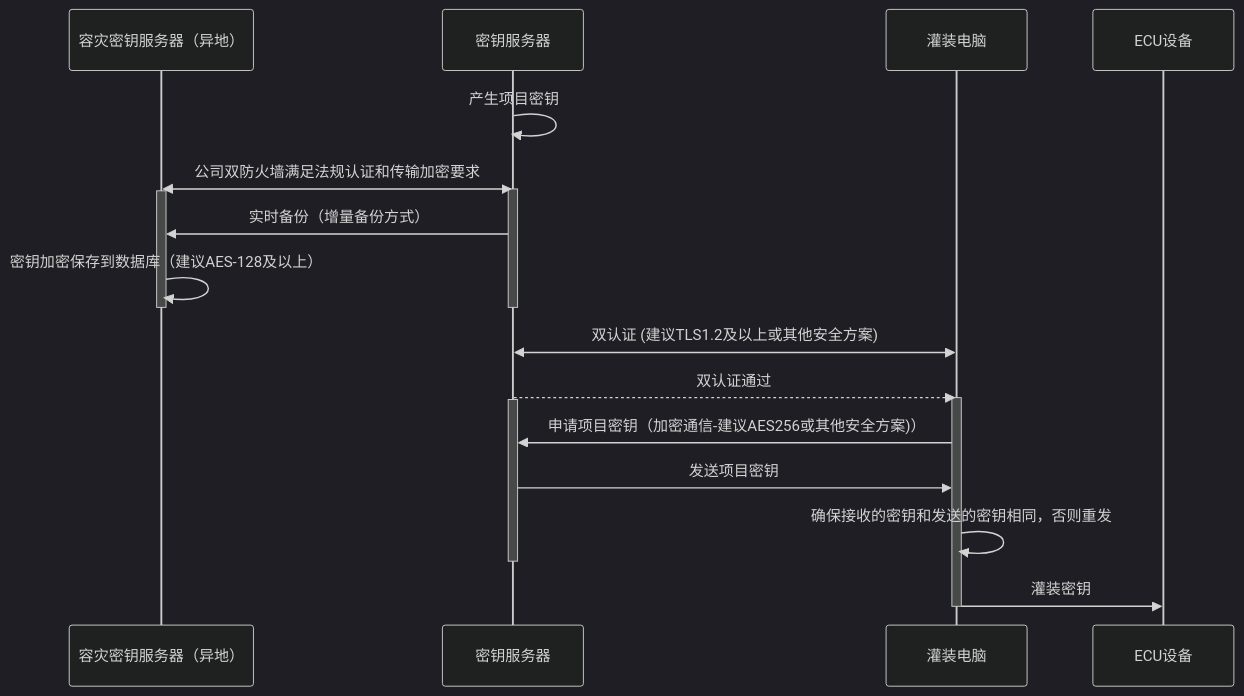
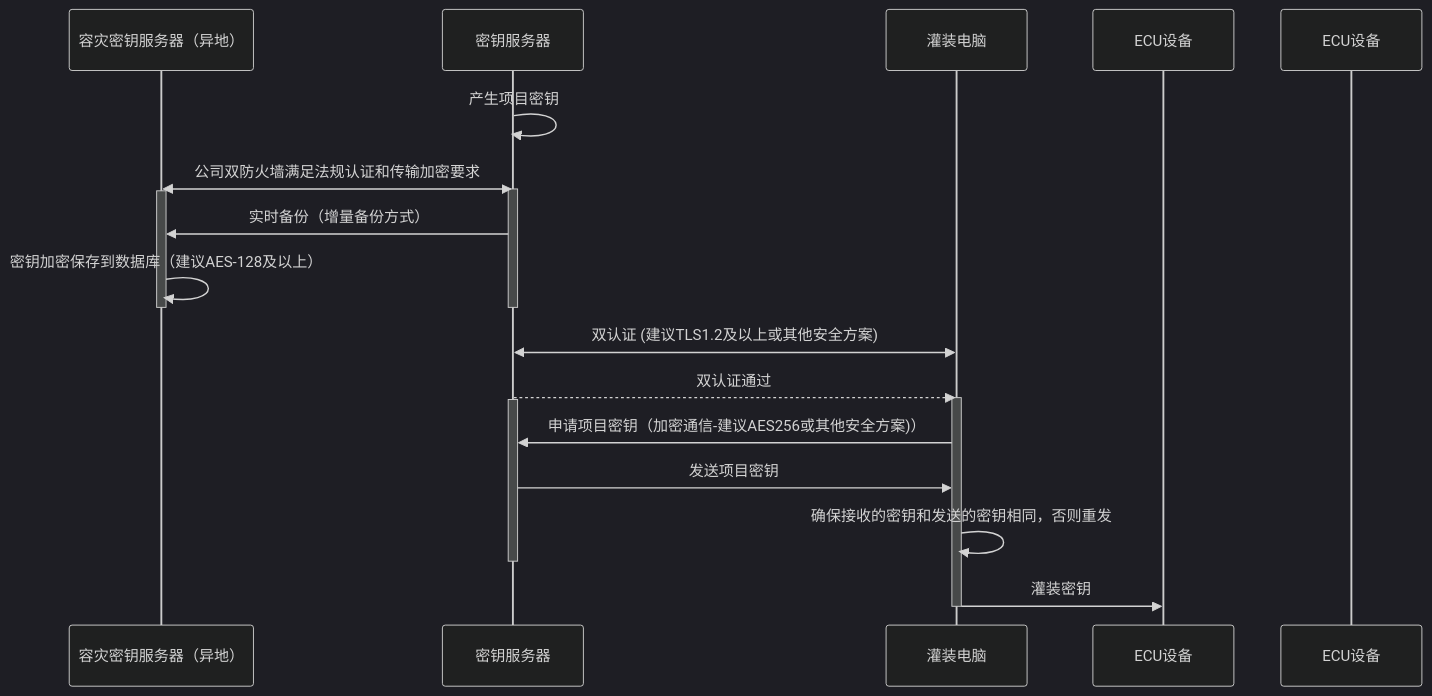
The diagram in all/未命名-15.md (facebook-cloud/iodraw-files), drawn with Mermaid (dark theme) before and after one commit.

Commit message:
2026-02-07 09:53:47 update

````diff
--- a/all/未命名-15.md
+++ b/all/未命名-15.md
@@ -1,30 +1,30 @@
 ```mermaid
 sequenceDiagram
     participant B as 容灾密钥服务器（异地）
     participant A as 密钥服务器
     participant C as 灌装电脑
     participant D as ECU设备
-    
+    participant E as ECU设备
 
     A->>A: 产生项目密钥
     A<<->>B: 公司双防火墙满足法规认证和传输加密要求
     activate A
     activate B
     A->>B: 实时备份（增量备份方式）
     B->>B: 密钥加密保存到数据库（建议AES-128及以上）
     deactivate B
     deactivate A
 
     C<<->>A: 双认证 (建议TLS1.2及以上或其他安全方案)
     A-->>C: 双认证通过
     activate C
     activate A
     C->>A: 申请项目密钥（加密通信-建议AES256或其他安全方案)）
     A->>C: 发送项目密钥
 
     C->>C: 确保接收的密钥和发送的密钥相同，否则重发
     deactivate A
     C->>D: 灌装密钥
     deactivate C
 
 ```
````
